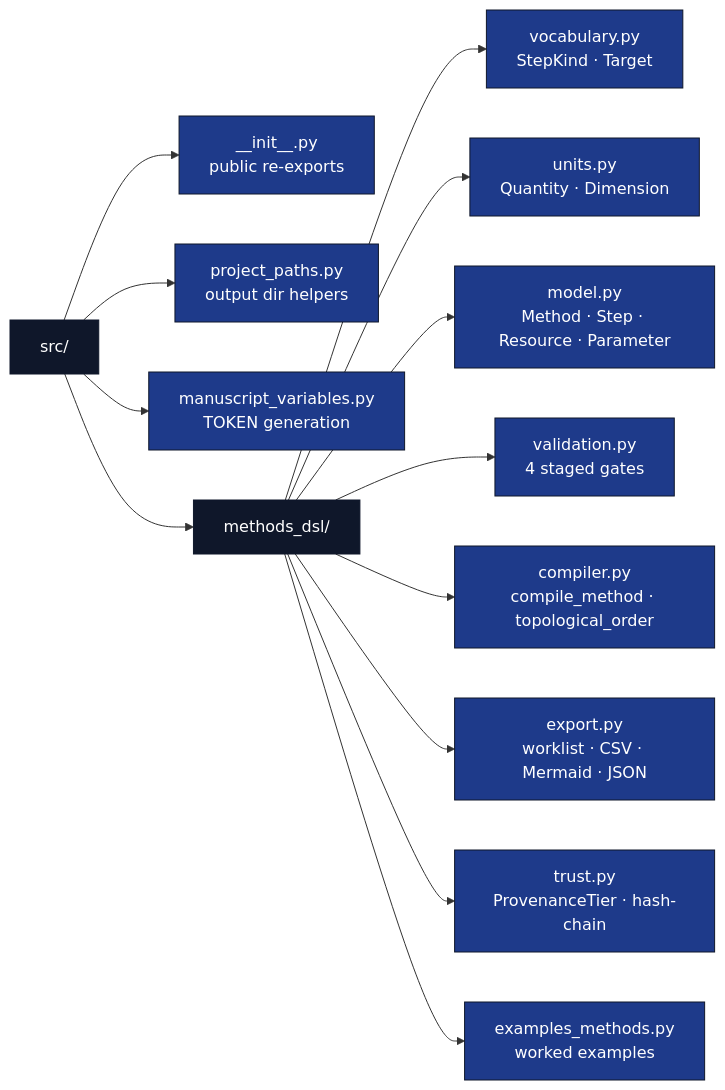
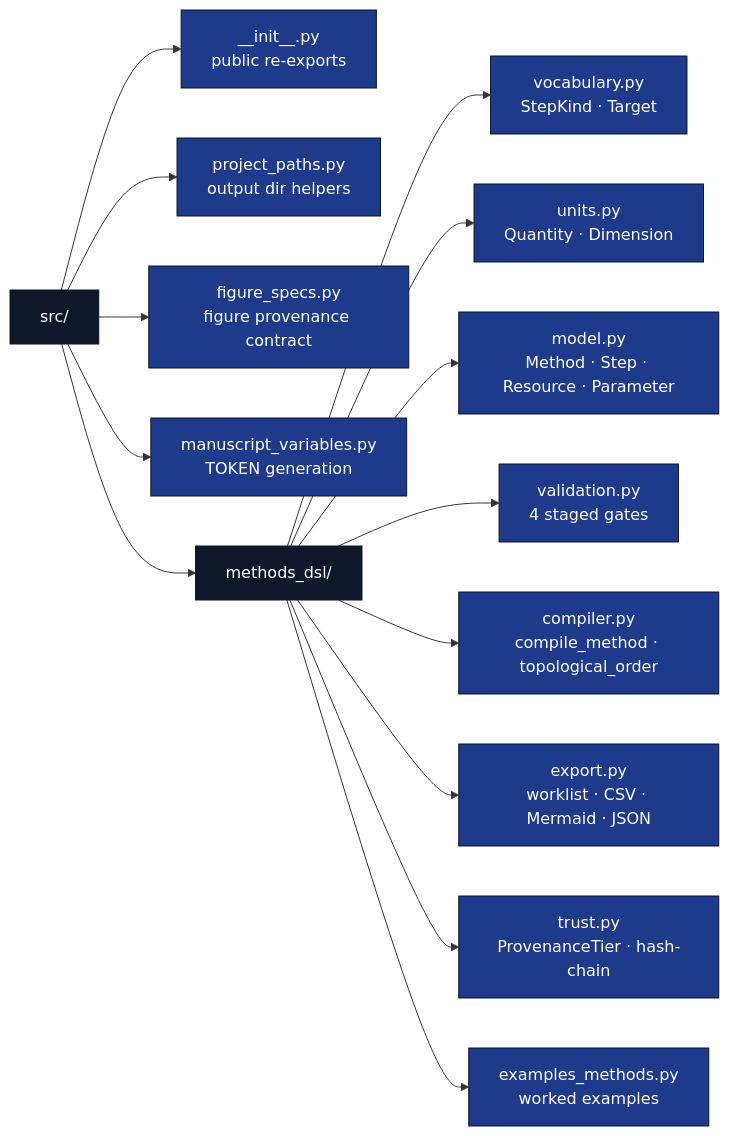
The diagram in projects/templates/template_methods_paper/src/AGENTS.md (docxology/template), drawn with Mermaid before and after one commit. The commit also changed other lines of this file and 1741 other files, not shown here.

````diff
--- a/projects/templates/template_methods_paper/src/AGENTS.md
+++ b/projects/templates/template_methods_paper/src/AGENTS.md
@@ -36,21 +36,22 @@
 ```mermaid
 flowchart LR
     SRC["src/"]
     SRC --> INIT[__init__.py<br/>public re-exports]
     SRC --> PP[project_paths.py<br/>output dir helpers]
+    SRC --> FS[figure_specs.py<br/>figure provenance contract]
     SRC --> MV[manuscript_variables.py<br/>TOKEN generation]
     SRC --> DSL["methods_dsl/"]
     DSL --> VOC[vocabulary.py<br/>StepKind · Target]
     DSL --> UNI[units.py<br/>Quantity · Dimension]
     DSL --> MDL[model.py<br/>Method · Step · Resource · Parameter]
     DSL --> VAL[validation.py<br/>4 staged gates]
     DSL --> CMP[compiler.py<br/>compile_method · topological_order]
     DSL --> EXP[export.py<br/>worklist · CSV · Mermaid · JSON]
     DSL --> TRU[trust.py<br/>ProvenanceTier · hash-chain]
     DSL --> EX2[examples_methods.py<br/>worked examples]
 
     classDef d fill:#0f172a,stroke:#0f172a,color:#fff
     classDef code fill:#1e3a8a,stroke:#0f172a,color:#fff
     class SRC,DSL d
-    class INIT,PP,MV,VOC,UNI,MDL,VAL,CMP,EXP,TRU,EX2 code
+    class INIT,PP,FS,MV,VOC,UNI,MDL,VAL,CMP,EXP,TRU,EX2 code
 ```
````
